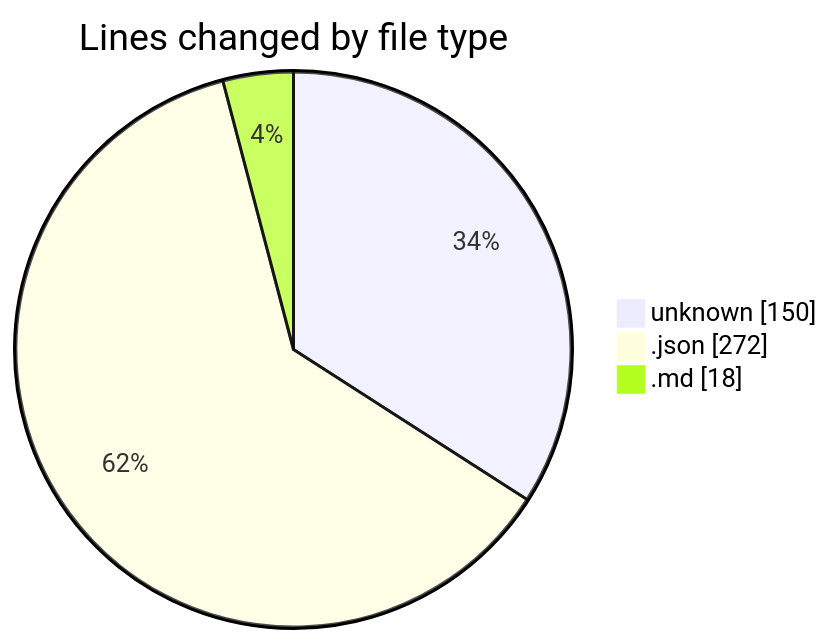
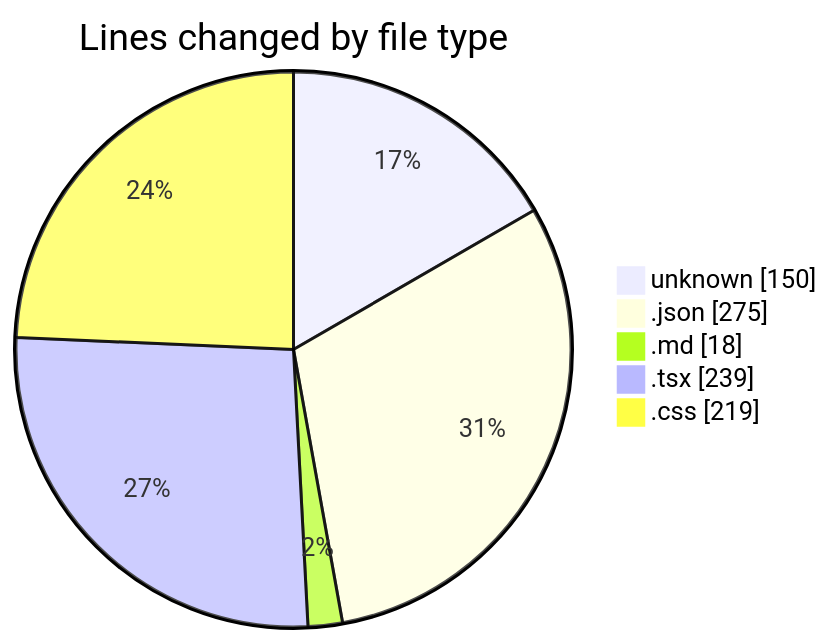
The first of 2 diagrams in 2025-08-07/ribbon/README.md (EIIisD/code-tracking), drawn with Mermaid before and after one commit. The commit also changed other lines of this file and 1 other file, not shown here.

````diff
--- a/2025-08-07/ribbon/README.md
+++ b/2025-08-07/ribbon/README.md
@@ -23,7 +26,9 @@
 ```mermaid
 pie showData
 title Lines changed by file type
 "unknown" : 150
-".json" : 272
+".json" : 275
 ".md" : 18
+".tsx" : 239
+".css" : 219
 ```
````
